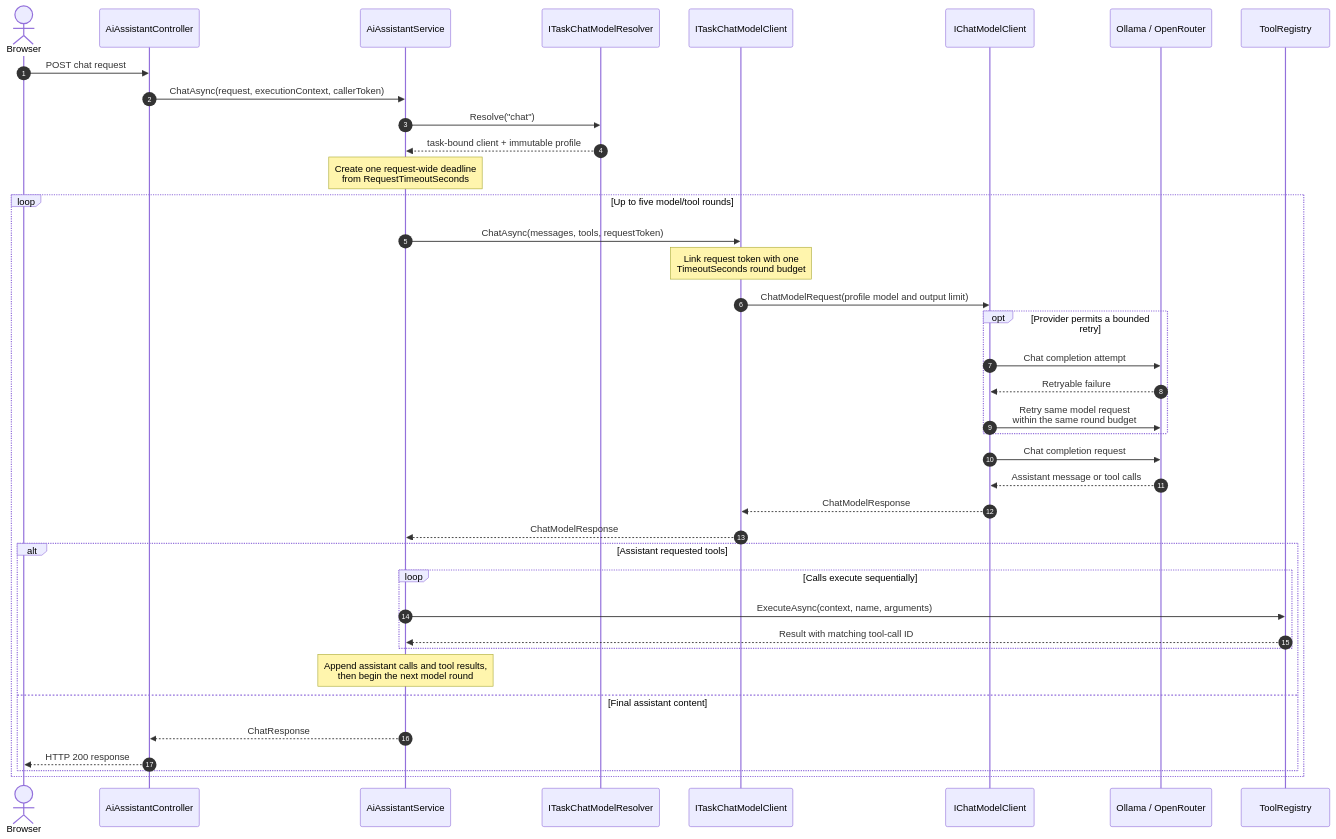
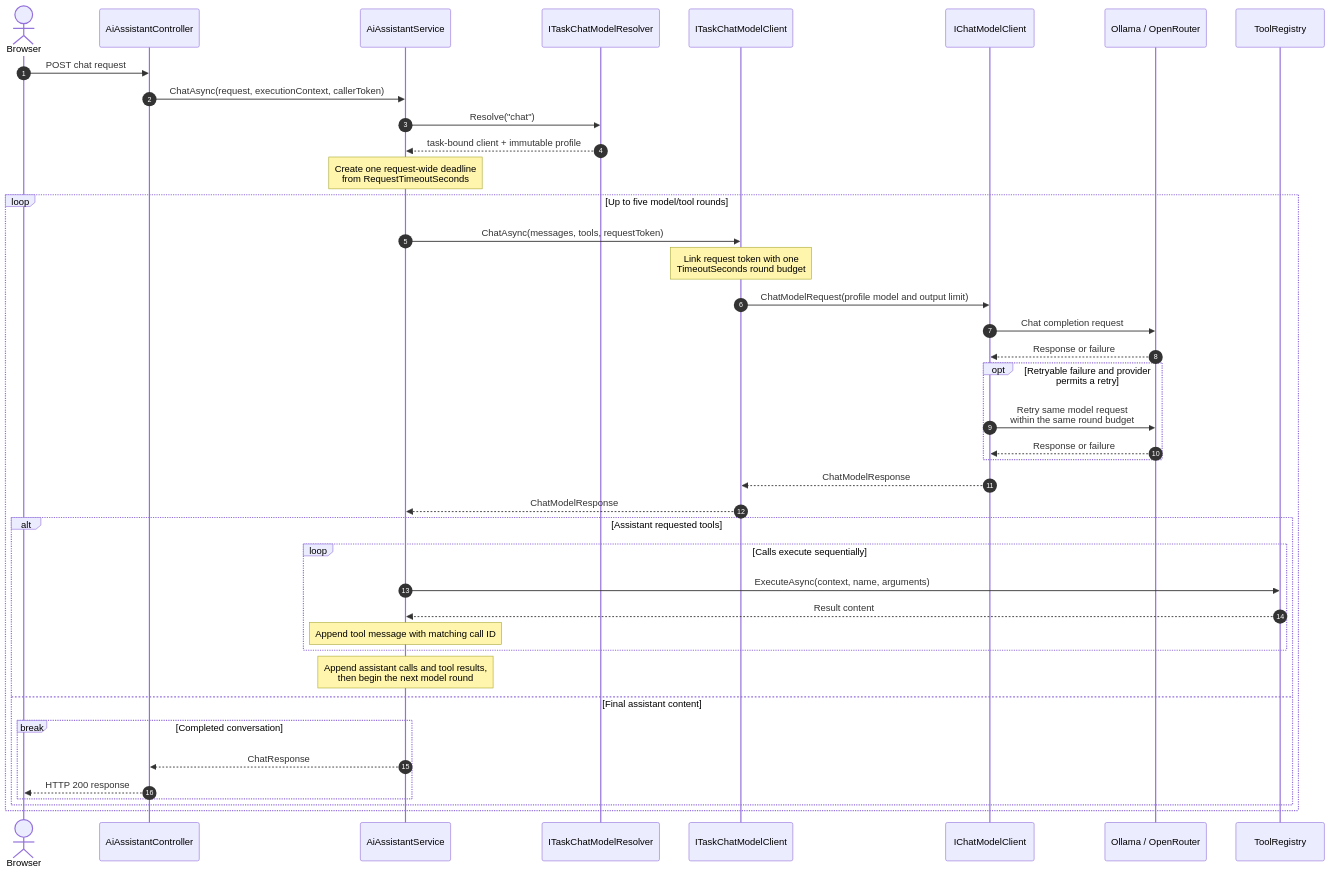
Before and after one commit to trant347/e-commerce-learning: the second of 2 diagrams in docs/OPENROUTER_INTEGRATION_SPEC.md, drawn with Mermaid. The commit also changed other lines of this file and 17 other files, not shown here.

Commit message:
feat: migrate assistant orchestration to task-bound chat

````diff
--- a/docs/OPENROUTER_INTEGRATION_SPEC.md
+++ b/docs/OPENROUTER_INTEGRATION_SPEC.md
@@ -331,46 +337,48 @@
 ```mermaid
 sequenceDiagram
     autonumber
     actor Browser
     participant Controller as AiAssistantController
     participant Assistant as AiAssistantService
     participant Resolver as ITaskChatModelResolver
     participant TaskClient as ITaskChatModelClient
     participant Adapter as IChatModelClient
     participant Provider as Ollama / OpenRouter
     participant Tools as ToolRegistry
 
     Browser->>Controller: POST chat request
     Controller->>Assistant: ChatAsync(request, executionContext, callerToken)
     Assistant->>Resolver: Resolve("chat")
     Resolver-->>Assistant: task-bound client + immutable profile
     Note over Assistant: Create one request-wide deadline<br/>from RequestTimeoutSeconds
 
     loop Up to five model/tool rounds
         Assistant->>TaskClient: ChatAsync(messages, tools, requestToken)
         Note over TaskClient: Link request token with one<br/>TimeoutSeconds round budget
         TaskClient->>Adapter: ChatModelRequest(profile model and output limit)
+        Adapter->>Provider: Chat completion request
+        Provider-->>Adapter: Response or failure
 
-        opt Provider permits a bounded retry
-            Adapter->>Provider: Chat completion attempt
-            Provider-->>Adapter: Retryable failure
+        opt Retryable failure and provider permits a retry
             Adapter->>Provider: Retry same model request<br/>within the same round budget
+            Provider-->>Adapter: Response or failure
         end
 
-        Adapter->>Provider: Chat completion request
-        Provider-->>Adapter: Assistant message or tool calls
         Adapter-->>TaskClient: ChatModelResponse
         TaskClient-->>Assistant: ChatModelResponse
 
         alt Assistant requested tools
             loop Calls execute sequentially
                 Assistant->>Tools: ExecuteAsync(context, name, arguments)
-                Tools-->>Assistant: Result with matching tool-call ID
+                Tools-->>Assistant: Result content
+                Note over Assistant: Append tool message with matching call ID
             end
             Note over Assistant: Append assistant calls and tool results,<br/>then begin the next model round
         else Final assistant content
-            Assistant-->>Controller: ChatResponse
-            Controller-->>Browser: HTTP 200 response
+            break Completed conversation
+                Assistant-->>Controller: ChatResponse
+                Controller-->>Browser: HTTP 200 response
+            end
         end
     end
 ```
````
